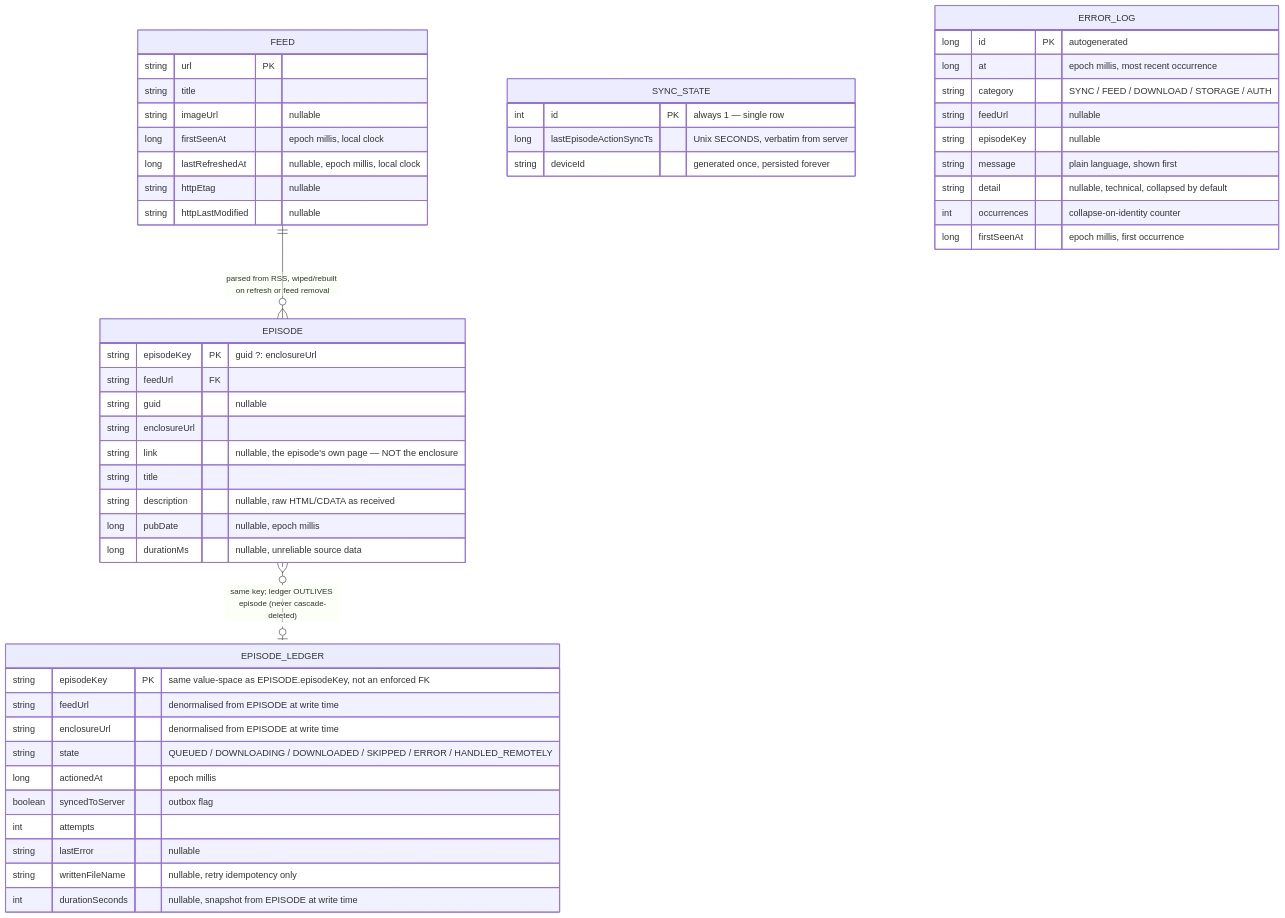
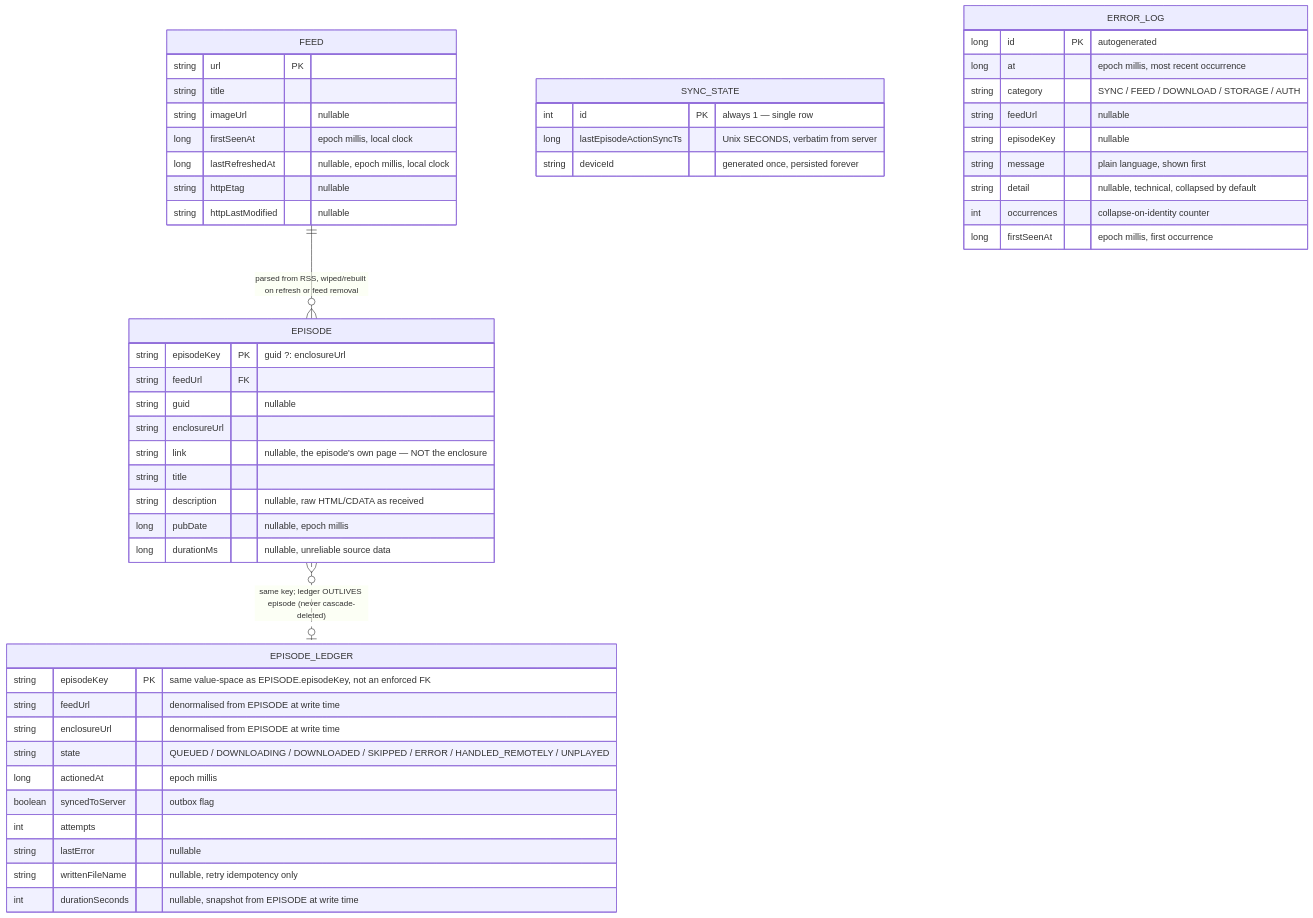
Before and after one commit to drehtuer/podsilo: the fourth of 13 diagrams in docs/architecture.md, drawn with Mermaid. The commit also changed other lines of this file and 17 other files, not shown here.

````diff
--- a/docs/architecture.md
+++ b/docs/architecture.md
@@ -187,54 +187,54 @@
 ```mermaid
 erDiagram
     FEED {
         string url PK
         string title
         string imageUrl "nullable"
         long firstSeenAt "epoch millis, local clock"
         long lastRefreshedAt "nullable, epoch millis, local clock"
         string httpEtag "nullable"
         string httpLastModified "nullable"
     }
     EPISODE {
         string episodeKey PK "guid ?: enclosureUrl"
         string feedUrl FK
         string guid "nullable"
         string enclosureUrl
         string link "nullable, the episode's own page — NOT the enclosure"
         string title
         string description "nullable, raw HTML/CDATA as received"
         long pubDate "nullable, epoch millis"
         long durationMs "nullable, unreliable source data"
     }
     EPISODE_LEDGER {
         string episodeKey PK "same value-space as EPISODE.episodeKey, not an enforced FK"
         string feedUrl "denormalised from EPISODE at write time"
         string enclosureUrl "denormalised from EPISODE at write time"
-        string state "QUEUED / DOWNLOADING / DOWNLOADED / SKIPPED / ERROR / HANDLED_REMOTELY"
+        string state "QUEUED / DOWNLOADING / DOWNLOADED / SKIPPED / ERROR / HANDLED_REMOTELY / UNPLAYED"
         long actionedAt "epoch millis"
         boolean syncedToServer "outbox flag"
         int attempts
         string lastError "nullable"
         string writtenFileName "nullable, retry idempotency only"
         int durationSeconds "nullable, snapshot from EPISODE at write time"
     }
     SYNC_STATE {
         int id PK "always 1 — single row"
         long lastEpisodeActionSyncTs "Unix SECONDS, verbatim from server"
         string deviceId "generated once, persisted forever"
     }
     ERROR_LOG {
         long id PK "autogenerated"
         long at "epoch millis, most recent occurrence"
         string category "SYNC / FEED / DOWNLOAD / STORAGE / AUTH"
         string feedUrl "nullable"
         string episodeKey "nullable"
         string message "plain language, shown first"
         string detail "nullable, technical, collapsed by default"
         int occurrences "collapse-on-identity counter"
         long firstSeenAt "epoch millis, first occurrence"
     }
 
     FEED ||--o{ EPISODE : "parsed from RSS, wiped/rebuilt on refresh or feed removal"
     EPISODE }o..o| EPISODE_LEDGER : "same key; ledger OUTLIVES episode (never cascade-deleted)"
 ```
````
